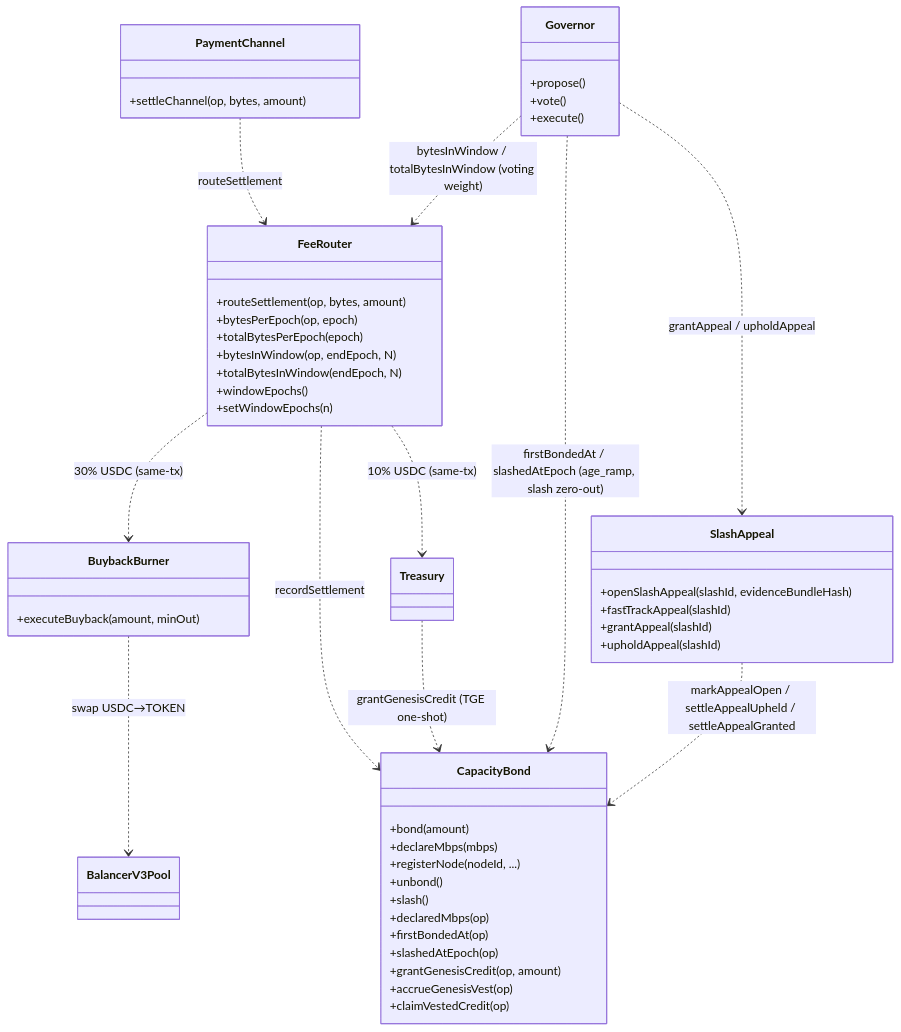
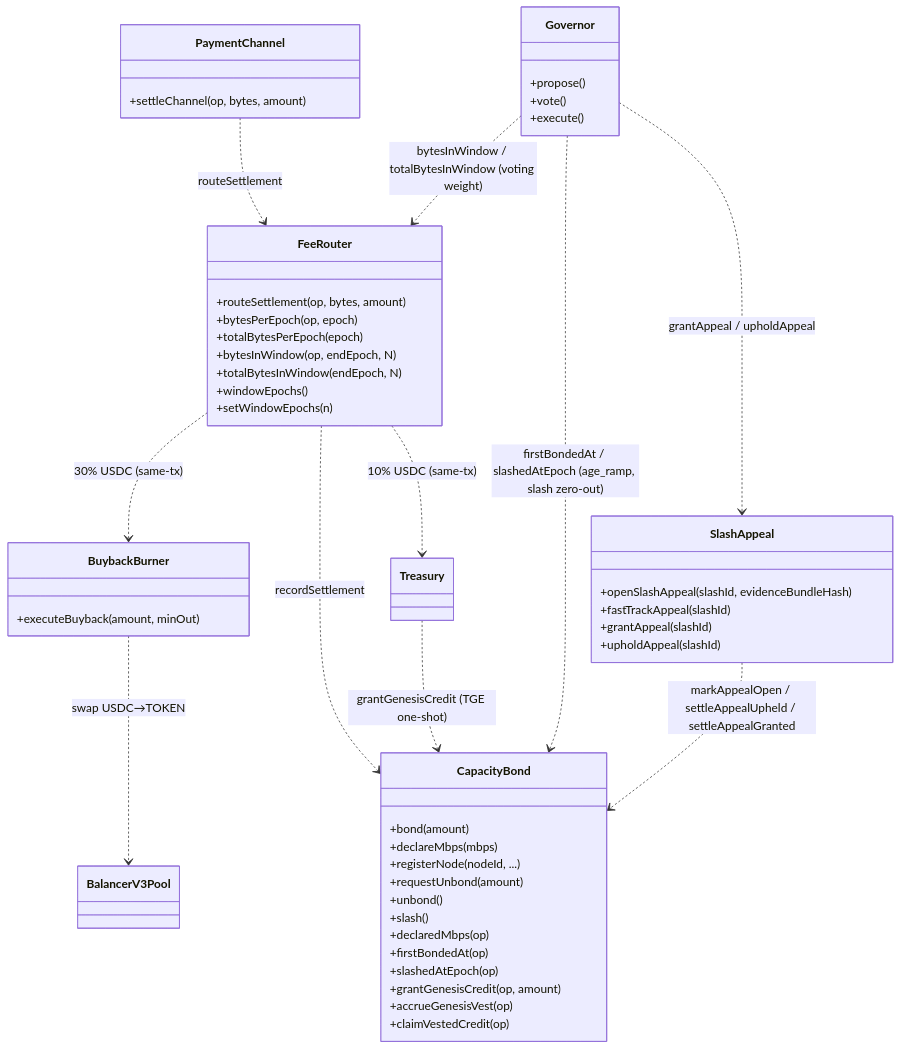
Before and after one commit to decdn/decdn: the first of 5 diagrams in adr/016-contract-interactions.md, drawn with Mermaid. The commit also changed other lines of this file and 2 other files, not shown here.

````diff
--- a/adr/016-contract-interactions.md
+++ b/adr/016-contract-interactions.md
@@ -39,55 +39,56 @@
 ```mermaid
 classDiagram
     class PaymentChannel {
         +settleChannel(op, bytes, amount)
     }
     class FeeRouter {
         +routeSettlement(op, bytes, amount)
         +bytesPerEpoch(op, epoch)
         +totalBytesPerEpoch(epoch)
         +bytesInWindow(op, endEpoch, N)
         +totalBytesInWindow(endEpoch, N)
         +windowEpochs()
         +setWindowEpochs(n)
     }
     class CapacityBond {
         +bond(amount)
         +declareMbps(mbps)
         +registerNode(nodeId, ...)
+        +requestUnbond(amount)
         +unbond()
         +slash()
         +declaredMbps(op)
         +firstBondedAt(op)
         +slashedAtEpoch(op)
         +grantGenesisCredit(op, amount)
         +accrueGenesisVest(op)
         +claimVestedCredit(op)
     }
     class BuybackBurner {
         +executeBuyback(amount, minOut)
     }
     class SlashAppeal {
         +openSlashAppeal(slashId, evidenceBundleHash)
         +fastTrackAppeal(slashId)
         +grantAppeal(slashId)
         +upholdAppeal(slashId)
     }
     class Governor {
         +propose()
         +vote()
         +execute()
     }
     class Treasury
     class BalancerV3Pool
 
     PaymentChannel ..> FeeRouter : routeSettlement
     FeeRouter ..> BuybackBurner : 30% USDC (same-tx)
     FeeRouter ..> Treasury : 10% USDC (same-tx)
     FeeRouter ..> CapacityBond : recordSettlement
     BuybackBurner ..> BalancerV3Pool : swap USDC→TOKEN
     Treasury ..> CapacityBond : grantGenesisCredit (TGE one-shot)
     Governor ..> FeeRouter : bytesInWindow / totalBytesInWindow (voting weight)
     Governor ..> CapacityBond : firstBondedAt / slashedAtEpoch (age_ramp, slash zero-out)
     SlashAppeal ..> CapacityBond : markAppealOpen / settleAppealUpheld / settleAppealGranted
     Governor ..> SlashAppeal : grantAppeal / upholdAppeal
 ```
````
